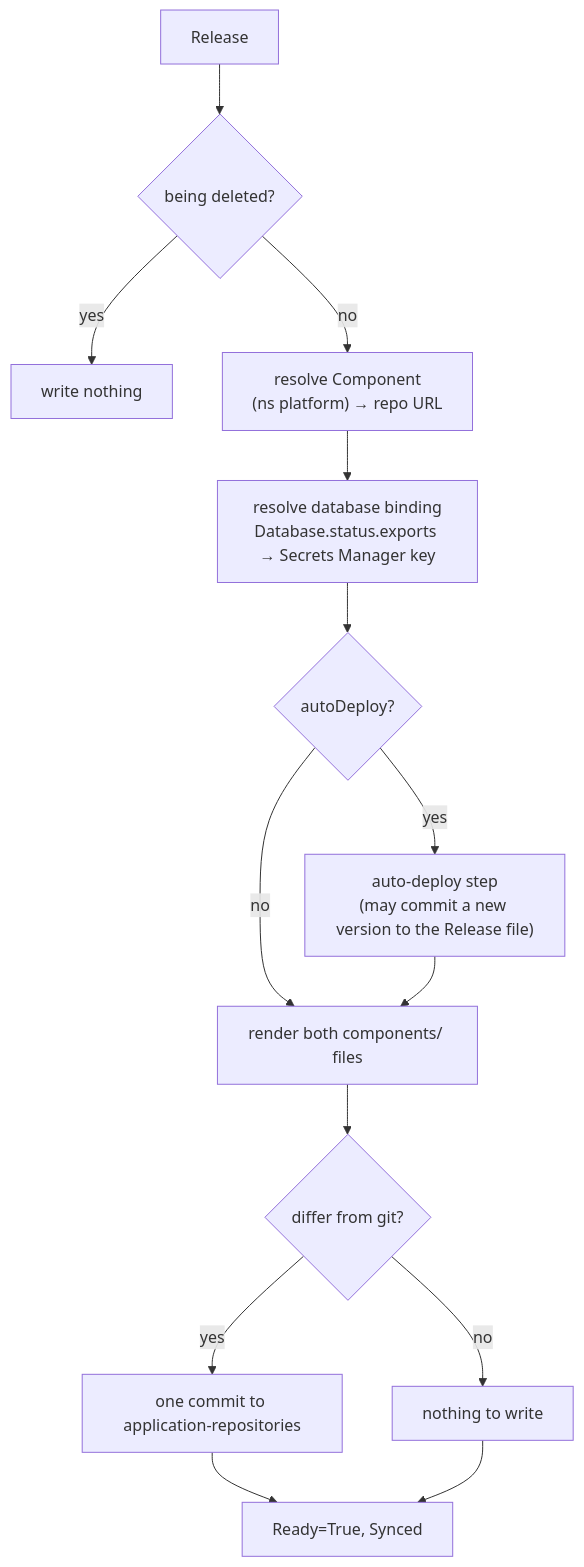
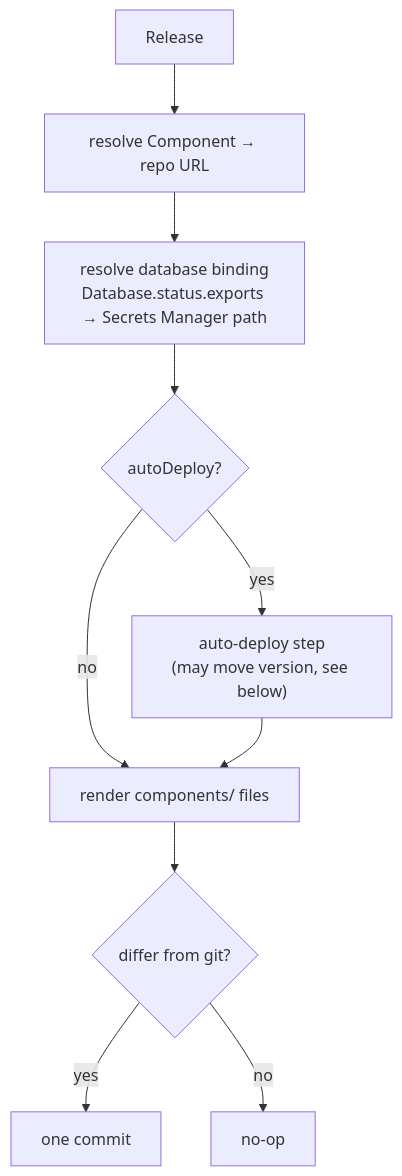
One commit to entr0pian/release-operator changed the second of 4 diagrams in README.md. Above: the diagram before and after it, drawn with Mermaid. The commit also changed other lines of this file and 1 other file, not shown here.

Commit message:
Tighten README for readers new to the platform and drop the outdated auto-deploy doc

````diff
--- a/README.md
+++ b/README.md
@@ -56,16 +68,12 @@
 ```mermaid
 flowchart TD
-    A[Release] --> D{being deleted?}
-    D -->|yes| X[write nothing]
-    D -->|no| C["resolve Component<br/>(ns platform) → repo URL"]
-    C --> B["resolve database binding<br/>Database.status.exports → Secrets Manager key"]
+    A[Release] --> C["resolve Component → repo URL"]
+    C --> B["resolve database binding<br/>Database.status.exports → Secrets Manager path"]
     B --> AD{autoDeploy?}
-    AD -->|yes| AU["auto-deploy step<br/>(may commit a new version to the Release file)"]
+    AD -->|yes| AU["auto-deploy step<br/>(may move version, see below)"]
     AD -->|no| G
-    AU --> G["render both components/ files"]
+    AU --> G["render components/ files"]
     G --> S{"differ from git?"}
-    S -->|yes| W["one commit to application-repositories"]
-    S -->|no| N[nothing to write]
-    W --> R["Ready=True, Synced"]
-    N --> R
+    S -->|yes| W["one commit"]
+    S -->|no| N["no-op"]
 ```
````
